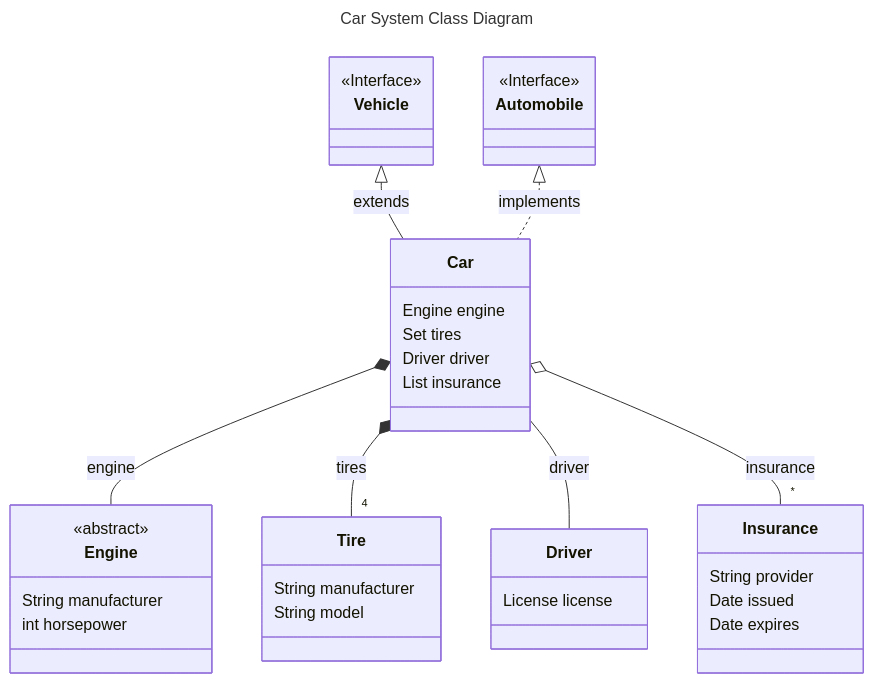
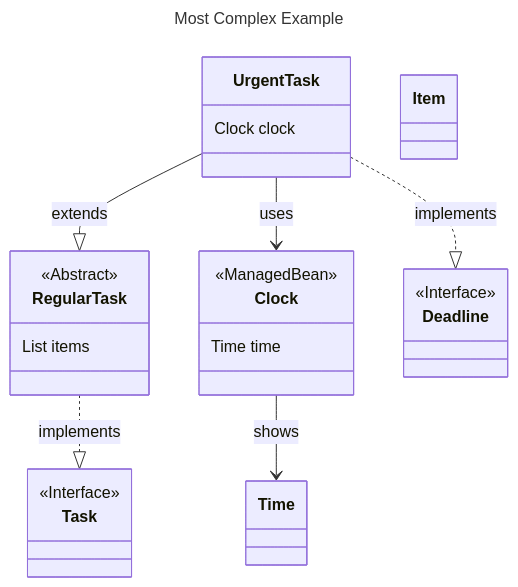
The fifth of 7 diagrams in src/main/templates/classes/examples.md (RichardHightower/docgen), drawn with Mermaid before and after one commit. The commit also changed other lines of this file and 62 other files, not shown here.

````diff
--- a/src/main/templates/classes/examples.md
+++ b/src/main/templates/classes/examples.md
@@ -40,42 +195,35 @@
 ```mermaid
 ---
-title: Car System Class Diagram
+title: Most Complex Example
 ---
 classDiagram
-
-    class Car{
-         Engine engine
-         Set<Tire> tires
-         Driver driver
-         List<Insurance> insurance
+    class Task{
+        <<Interface>>
+        <<Component>>
     }
-    class Engine{
-        <<abstract>>
-         String manufacturer
-         int horsepower
+    class RegularTask{
+        <<Abstract>>
+        List<Item> items
     }
-    class Vehicle {
+    class UrgentTask{
+        Clock clock
+    }
+    class Clock{
+        <<ManagedBean>>
+        Time time
+    }
+    class Time{
+    }
+    class Item{
+    }
+    class Deadline{
         <<Interface>>
     }
-    class Automobile {
-        <<Interface>>
-    }
-    class Driver{
-         License license
-    }
-    class Insurance{
-         String provider
-         Date issued
-         Date expires
-    }
-    class Tire{
-         String manufacturer
-         String model
-    }
-    Vehicle <|-- Car: extends
-    Automobile <|.. Car: implements
-    Car*-- Engine: engine
-    Car*-- "4" Tire: tires
-    Car -- Driver: driver
-    Car o-- "*" Insurance: insurance
+
+    RegularTask ..|> Task: implements
+    UrgentTask --|> RegularTask: extends
+    UrgentTask ..|> Deadline: implements
+    UrgentTask --> Clock: uses
+    Clock --> Time: shows
+
 ```
````
